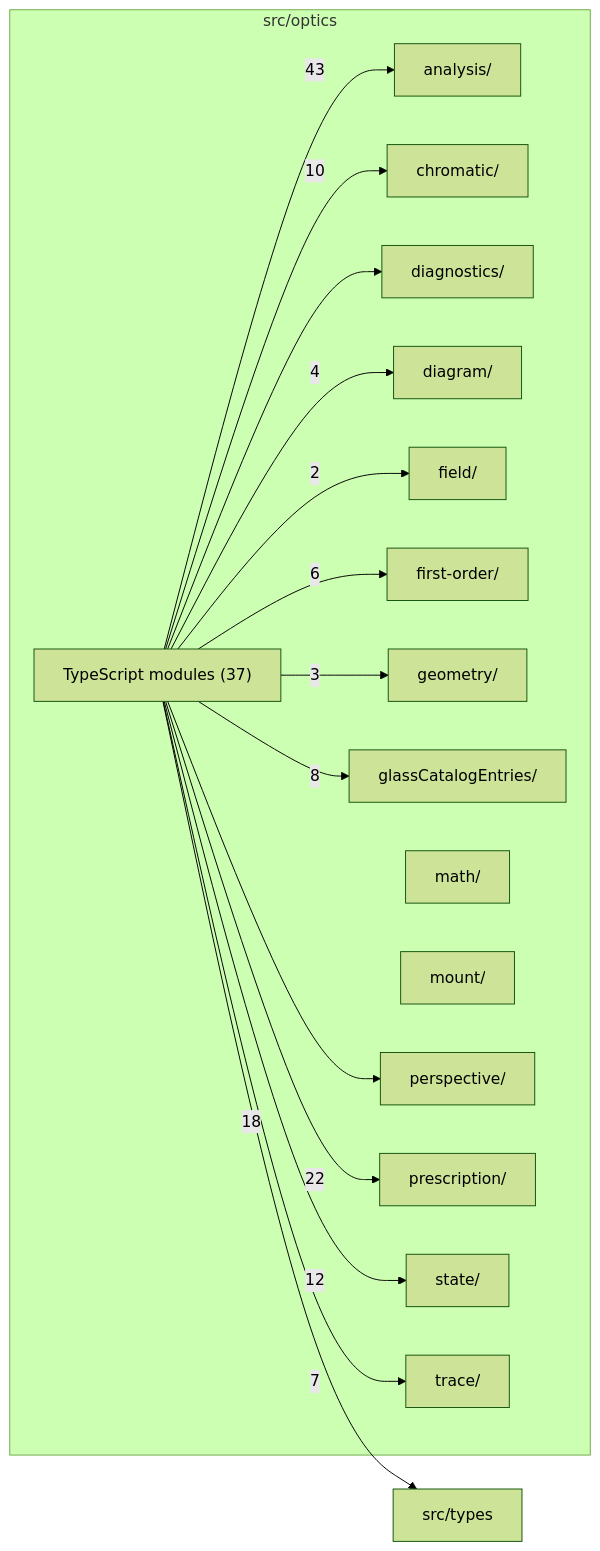
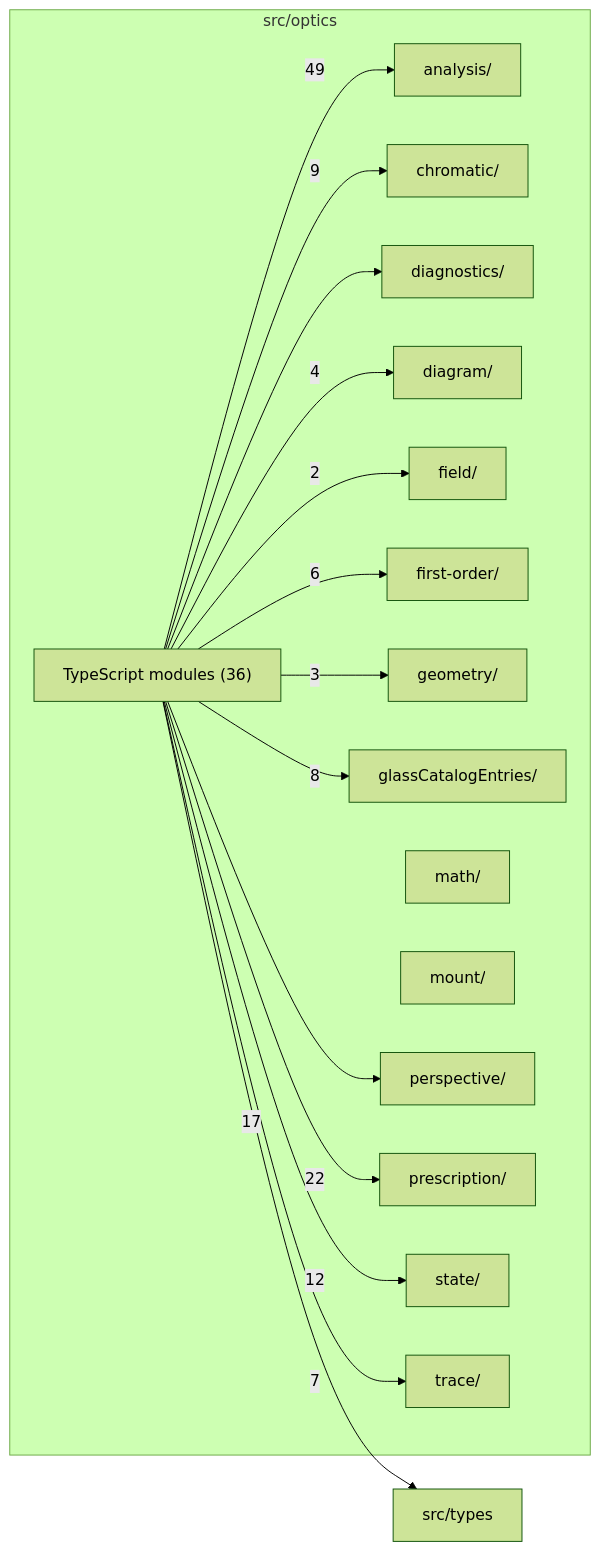
The diagram in src/optics/readme.md (ronbuening/LensVisualizer), drawn with Mermaid (forest theme) before and after one commit. The commit also changed other lines of this file and 41 other files, not shown here.

Commit message:
S7.P2.T9 Chromatic: LoCA, lateral color and fans on AnalysisRequest

````diff
--- a/src/optics/readme.md
+++ b/src/optics/readme.md
@@ -9,34 +9,34 @@
 ```mermaid
 flowchart LR
   subgraph n_src_optics["src/optics"]
     n_src_optics_src_optics_analysis["analysis/"]
     n_src_optics_src_optics_chromatic["chromatic/"]
     n_src_optics_src_optics_diagnostics["diagnostics/"]
     n_src_optics_src_optics_diagram["diagram/"]
     n_src_optics_src_optics_field["field/"]
     n_src_optics_src_optics_first_order["first-order/"]
     n_src_optics_src_optics_geometry["geometry/"]
     n_src_optics_src_optics_glassCatalogEntries["glassCatalogEntries/"]
     n_src_optics_src_optics_math["math/"]
     n_src_optics_src_optics_mount["mount/"]
     n_src_optics_src_optics_perspective["perspective/"]
     n_src_optics_src_optics_prescription["prescription/"]
     n_src_optics_src_optics_state["state/"]
     n_src_optics_src_optics_trace["trace/"]
-    n_src_optics_TypeScript_modules["TypeScript modules (37)"]
+    n_src_optics_TypeScript_modules["TypeScript modules (36)"]
   end
   n_external_src_types["src/types"]
-  n_src_optics_TypeScript_modules --> |43| n_src_optics_src_optics_analysis
+  n_src_optics_TypeScript_modules --> |49| n_src_optics_src_optics_analysis
   n_src_optics_TypeScript_modules --> |22| n_src_optics_src_optics_prescription
-  n_src_optics_TypeScript_modules --> |18| n_external_src_types
+  n_src_optics_TypeScript_modules --> |17| n_external_src_types
   n_src_optics_TypeScript_modules --> |12| n_src_optics_src_optics_state
-  n_src_optics_TypeScript_modules --> |10| n_src_optics_src_optics_chromatic
+  n_src_optics_TypeScript_modules --> |9| n_src_optics_src_optics_chromatic
   n_src_optics_TypeScript_modules --> |8| n_src_optics_src_optics_glassCatalogEntries
   n_src_optics_TypeScript_modules --> |7| n_src_optics_src_optics_trace
   n_src_optics_TypeScript_modules --> |6| n_src_optics_src_optics_first_order
   n_src_optics_TypeScript_modules --> |4| n_src_optics_src_optics_diagram
   n_src_optics_TypeScript_modules --> |3| n_src_optics_src_optics_geometry
   n_src_optics_TypeScript_modules --> |2| n_src_optics_src_optics_field
   n_src_optics_TypeScript_modules --> n_src_optics_src_optics_diagnostics
   n_src_optics_TypeScript_modules --> n_src_optics_src_optics_perspective
 ```
````
